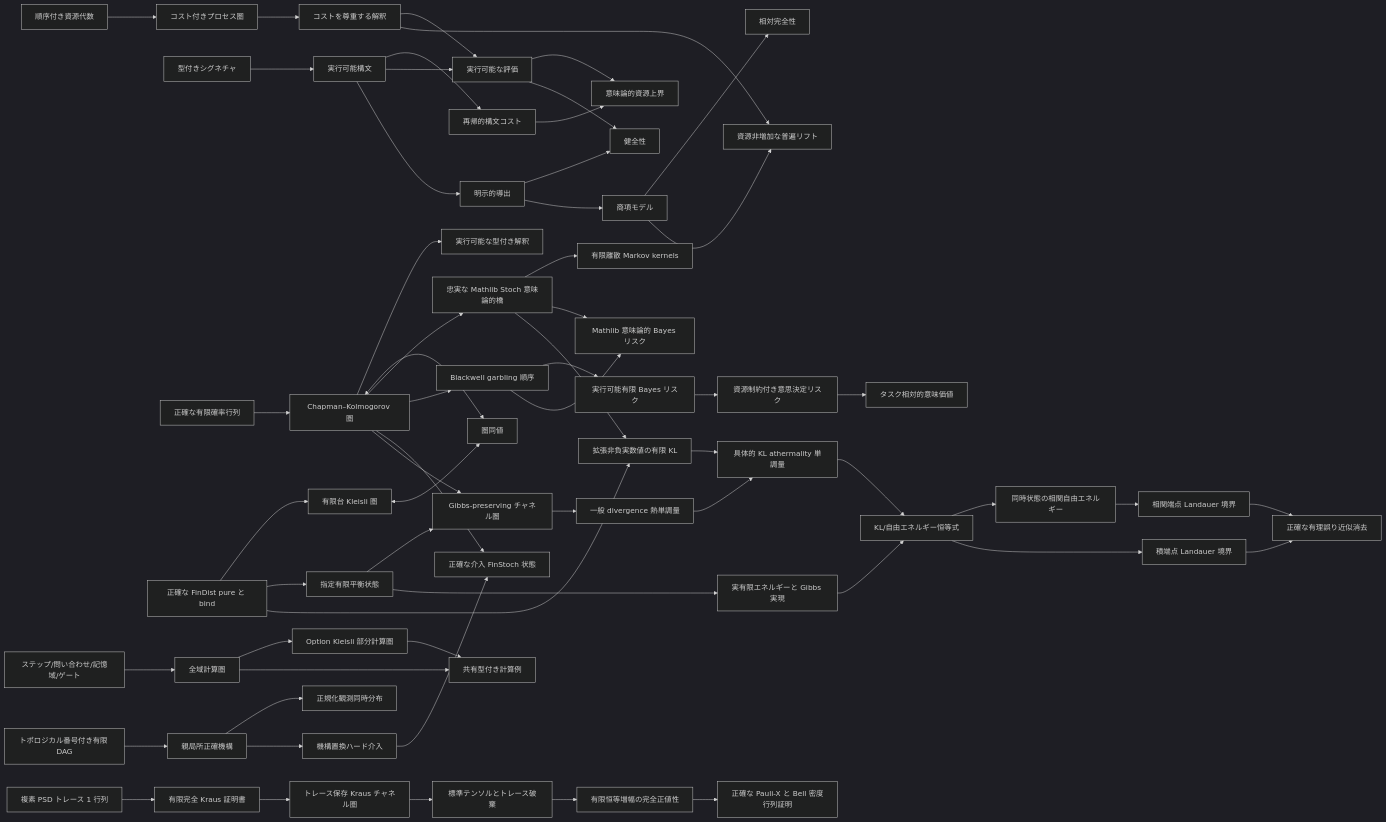
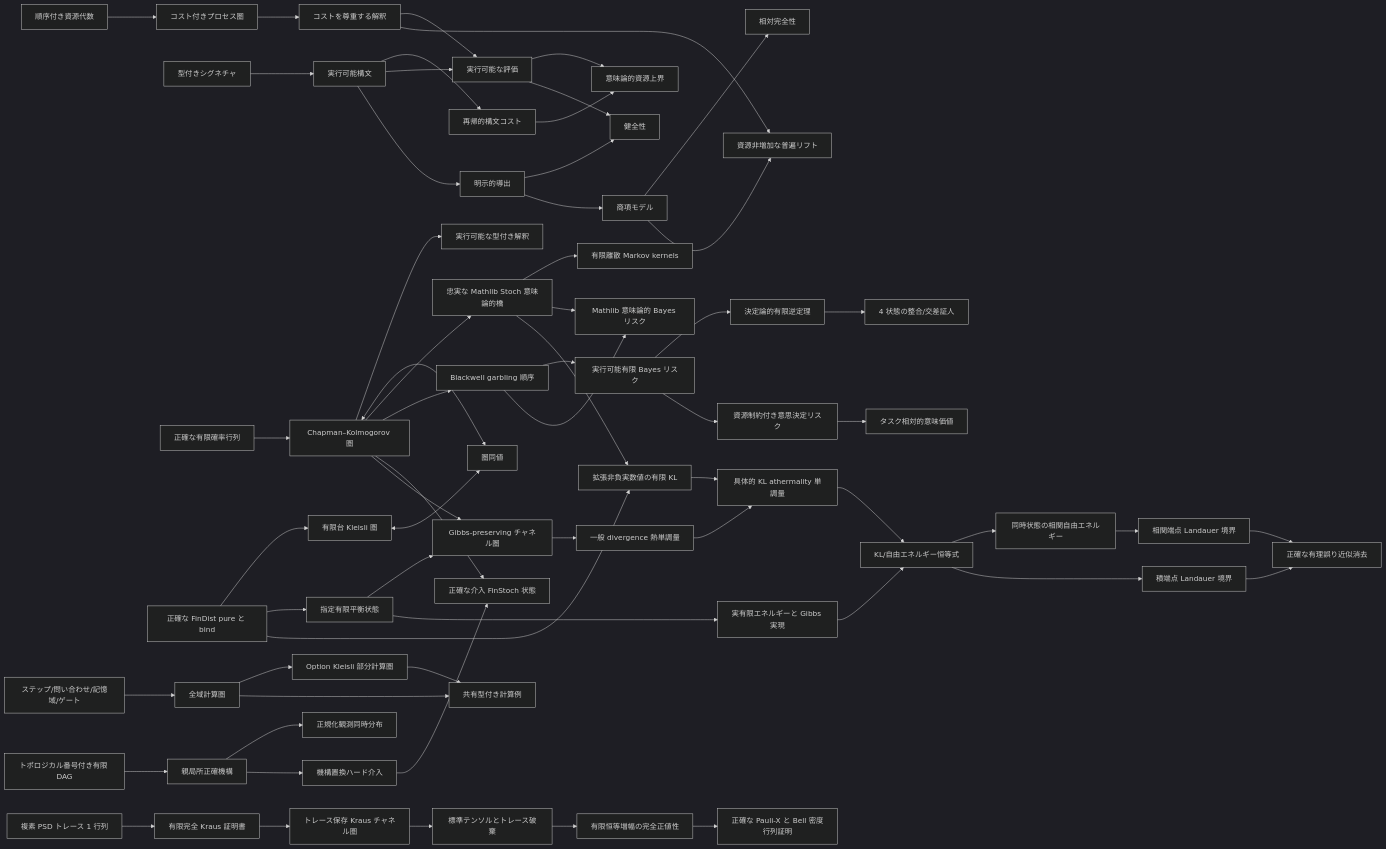
The diagram in docs/README.ja.md (miuchan/ript), drawn with Mermaid (dark theme) before and after one commit. The commit also changed other lines of this file and 12 other files, not shown here.

````diff
--- a/docs/README.ja.md
+++ b/docs/README.ja.md
@@ -984,61 +995,63 @@
 ```mermaid
 flowchart LR
   R["順序付き資源代数"] --> C["コスト付きプロセス圏"]
   S["型付きシグネチャ"] --> X["実行可能構文"]
   X --> K["再帰的構文コスト"]
   C --> I["コストを尊重する解釈"]
   X --> E["実行可能な評価"]
   I --> E
   K --> B["意味論的資源上界"]
   E --> B
   X --> D["明示的導出"]
   D --> SO["健全性"]
   E --> SO
   D --> T["商項モデル"]
   T --> CO["相対完全性"]
   I --> U["資源非増加な普遍リフト"]
   T --> U
   F["正確な有限確率行列"] --> CK["Chapman–Kolmogorov 圏"]
   CK --> EX["実行可能な型付き解釈"]
   FD["正確な FinDist pure と bind"] --> KL["有限台 Kleisli 圏"]
   CK <--> EQ["圏同値"]
   KL <--> EQ
   CK --> ST["忠実な Mathlib Stoch 意味論的橋"]
   ST --> MT["有限離散 Markov kernels"]
   CK --> BW["Blackwell garbling 順序"]
   ST --> SB["Mathlib 意味論的 Bayes リスク"]
   BW --> FR["実行可能有限 Bayes リスク"]
+  FR --> DB["決定論的有限逆定理"]
+  DB --> DX["4 状態の整合/交差証人"]
   FR --> RR["資源制約付き意思決定リスク"]
   RR --> SV["タスク相対的意味価値"]
   BW --> SB
   CR["ステップ/問い合わせ/記憶域/ゲート"] --> TC["全域計算圏"]
   TC --> PC["Option Kleisli 部分計算圏"]
   TC --> CE["共有型付き計算例"]
   PC --> CE
   DAG["トポロジカル番号付き有限 DAG"] --> CM["親局所正確機構"]
   CM --> OJ["正規化観測同時分布"]
   CM --> DO["機構置換ハード介入"]
   DO --> IS["正確な介入 FinStoch 状態"]
   CK --> IS
   FD --> TE["指定有限平衡状態"]
   CK --> GP["Gibbs-preserving チャネル圏"]
   TE --> GP
   GP --> TM["一般 divergence 熱単調量"]
   FD --> FKL["拡張非負実数値の有限 KL"]
   ST --> FKL
   FKL --> KTM["具体的 KL athermality 単調量"]
   TM --> KTM
   TE --> GD["実有限エネルギーと Gibbs 実現"]
   GD --> FE["KL/自由エネルギー恒等式"]
   KTM --> FE
   FE --> Corr["同時状態の相関自由エネルギー"]
   FE --> LW["積端点 Landauer 境界"]
   Corr --> CLW["相関端点 Landauer 境界"]
   LW --> AE["正確な有理誤り近似消去"]
   CLW --> AE
   QB["複素 PSD トレース 1 行列"] --> QK["有限完全 Kraus 証明書"]
   QK --> QC["トレース保存 Kraus チャネル圏"]
   QC --> QT["標準テンソルとトレース破棄"]
   QT --> QP["有限恒等増幅の完全正値性"]
   QP --> QX["正確な Pauli-X と Bell 密度行列証明"]
 ```
````
